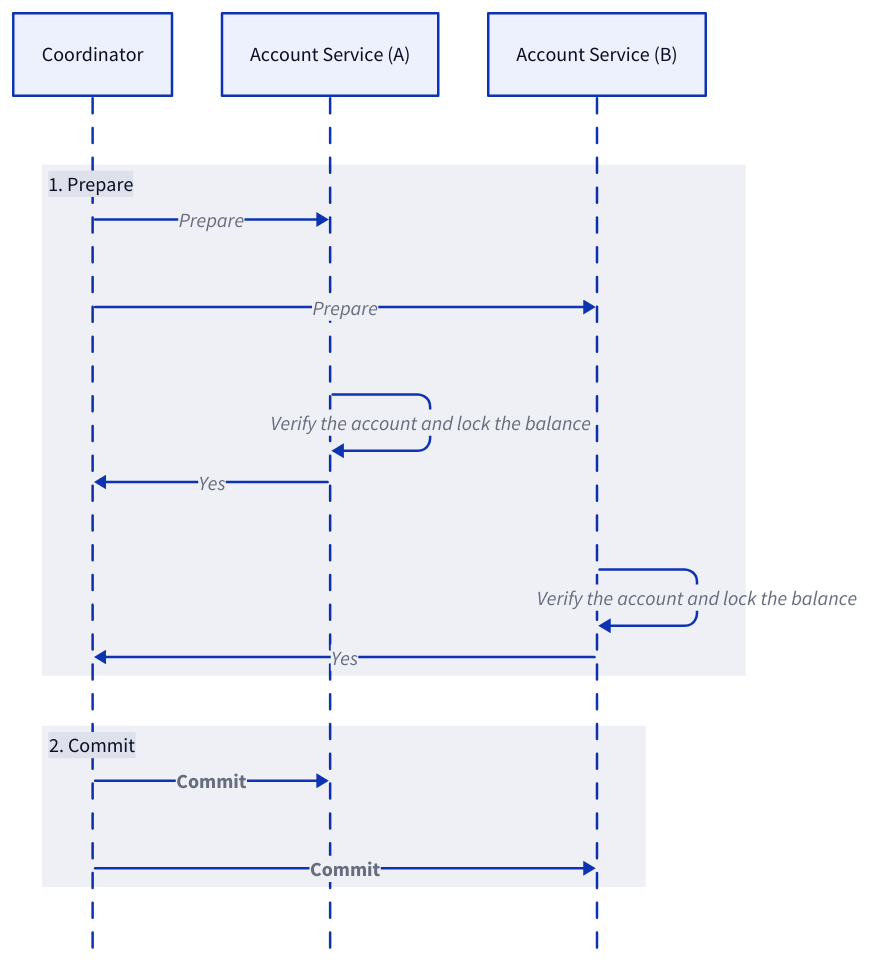
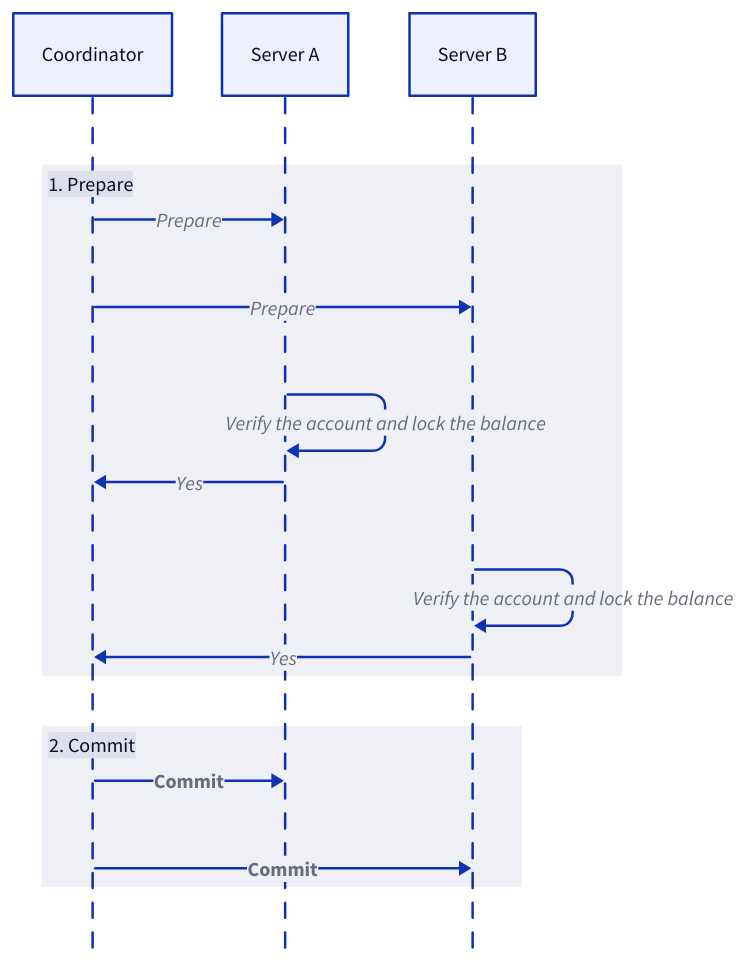
Before and after one commit to link1905/system-design-101: the third of 15 diagrams in content/docs/design-patterns/distributed-transaction/blocking-protocols.md, drawn with D2. The commit also changed other lines of this file and 12 other files, not shown here.

````diff
--- a/content/docs/design-patterns/distributed-transaction/blocking-protocols.md
+++ b/content/docs/design-patterns/distributed-transaction/blocking-protocols.md
@@ -87,28 +88,28 @@
 ```d2
 shape: sequence_diagram
 c: Coordinator {
     class: router
 }
-aa: Account Service (A) {
+aa: Server A {
     class: server
 }
-ab: Account Service (B) {
+ab: Server B {
     class: server
 }
 "1. Prepare" {
     c -> aa: Prepare
     c -> ab: Prepare
     aa -> aa: Verify the account and lock the balance
     aa -> c: Yes
     ab -> ab: Verify the account and lock the balance
     ab -> c: Yes
 }
 "2. Commit" {
     c -> aa: Commit {
         style.bold: true
     }
     c -> ab: Commit {
         style.bold: true
     }
 }
 ```
````
